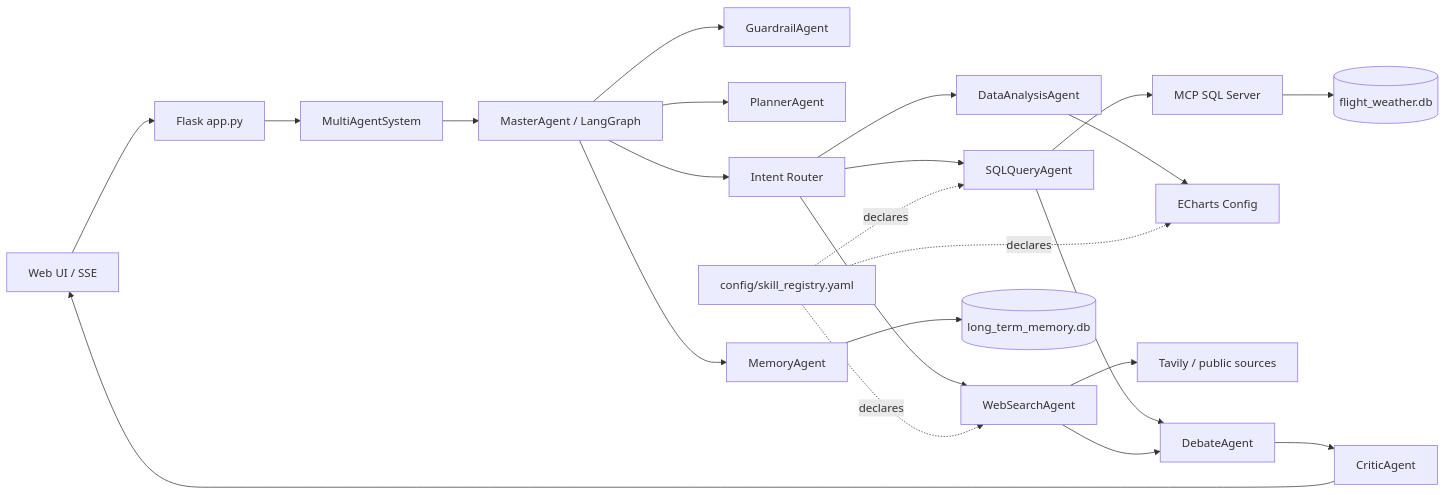
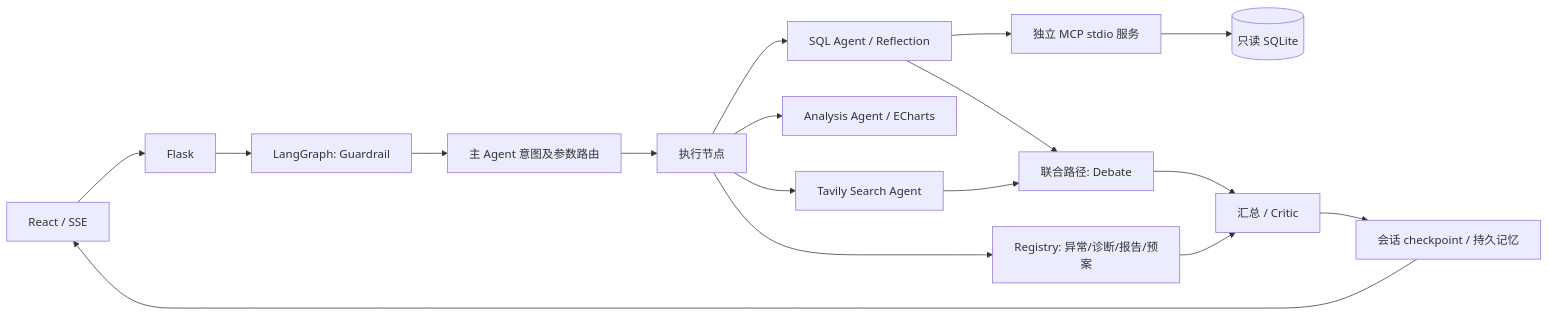
One commit to Qinweiiii/flight-weather-agent changed the diagram in README.md. Above: the diagram before and after it, drawn with Mermaid. The commit also changed other lines of this file and 64 other files, not shown here.

````diff
--- a/README.md
+++ b/README.md
@@ -60,32 +103,19 @@
 ```mermaid
 flowchart LR
-    UI[Web UI / SSE] --> API[Flask app.py]
-    API --> SYS[MultiAgentSystem]
-    SYS --> MA[MasterAgent / LangGraph]
-
-    MA --> G[GuardrailAgent]
-    MA --> P[PlannerAgent]
-    MA --> R[Intent Router]
-
-    R --> SQL[SQLQueryAgent]
-    SQL --> MCP[MCP SQL Server]
-    MCP --> DB[(flight_weather.db)]
-
-    R --> ANA[DataAnalysisAgent]
-    ANA --> CHART[ECharts Config]
-
-    R --> SEARCH[WebSearchAgent]
-    SEARCH --> WEB[Tavily / public sources]
-
-    SQL --> DEBATE[DebateAgent]
-    SEARCH --> DEBATE
-    DEBATE --> CRITIC[CriticAgent]
-    CRITIC --> UI
-
-    MA --> MEM[MemoryAgent]
-    MEM --> LTM[(long_term_memory.db)]
-
-    REG[config/skill_registry.yaml] -.declares.-> SQL
-    REG -.declares.-> SEARCH
-    REG -.declares.-> CHART
+  UI[React / SSE] --> API[Flask]
+  API --> G[LangGraph: Guardrail]
+  G --> R[主 Agent 意图及参数路由]
+  R --> E[执行节点]
+  E --> SQL[SQL Agent / Reflection]
+  SQL --> MCP[独立 MCP stdio 服务]
+  MCP --> DB[(只读 SQLite)]
+  E --> A[Analysis Agent / ECharts]
+  E --> S[Tavily Search Agent]
+  SQL --> D[联合路径: Debate]
+  S --> D
+  E --> O[Registry: 异常/诊断/报告/预案]
+  D --> C[汇总 / Critic]
+  O --> C
+  C --> M[会话 checkpoint / 持久记忆]
+  M --> UI
 ```
````
